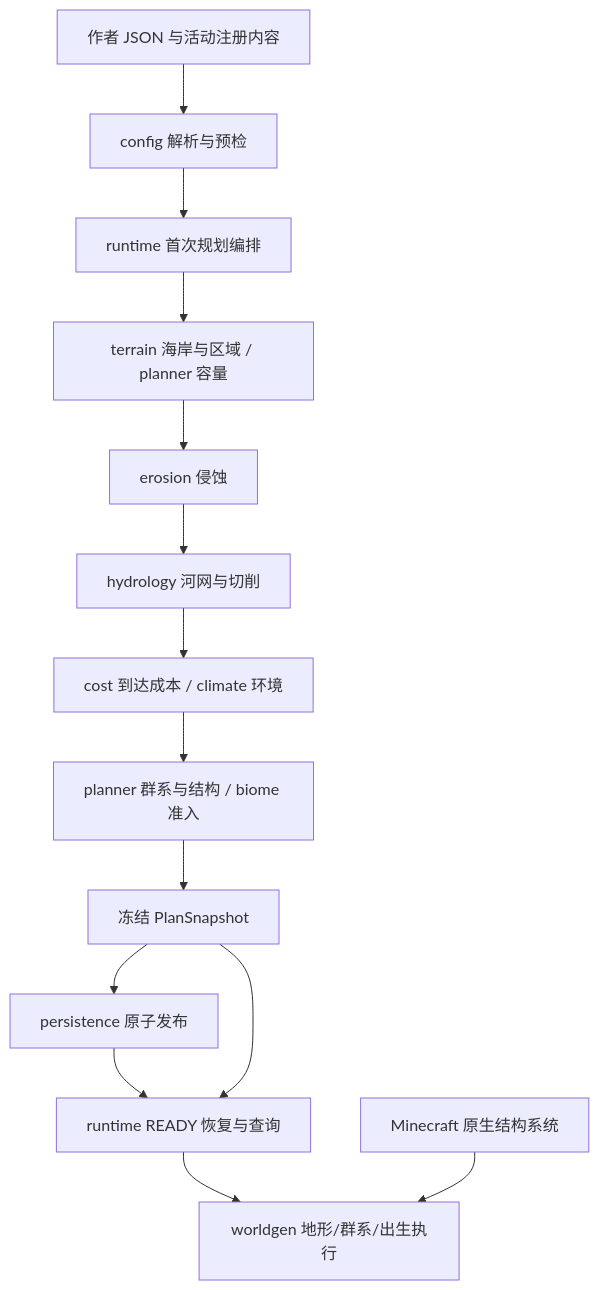
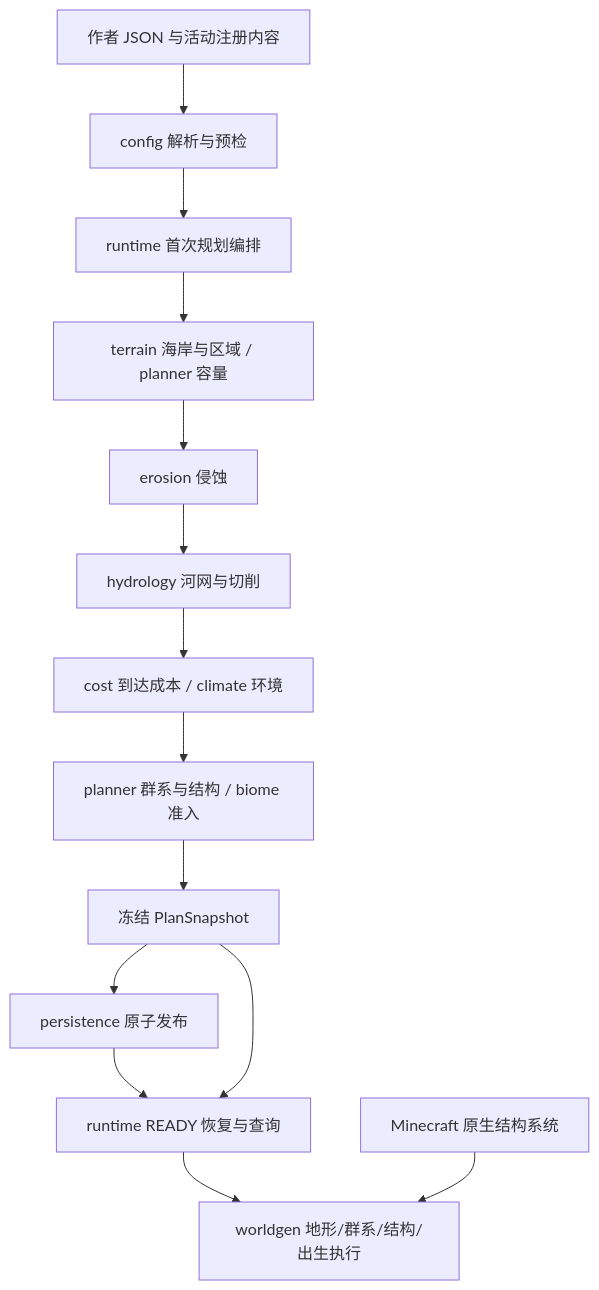
One commit to SuperUnom/AdventureWorldGen changed the first of 2 diagrams in docs/architecture/overview.md. Above: the diagram before and after it, drawn with Mermaid. The commit also changed other lines of this file and 62 other files, not shown here.

````diff
--- a/docs/architecture/overview.md
+++ b/docs/architecture/overview.md
@@ -13,16 +13,16 @@
 ```mermaid
 flowchart TD
     A[作者 JSON 与活动注册内容] --> B[config 解析与预检]
     B --> C[runtime 首次规划编排]
     C --> D[terrain 海岸与区域 / planner 容量]
     D --> E[erosion 侵蚀]
     E --> F[hydrology 河网与切削]
     F --> G[cost 到达成本 / climate 环境]
     G --> H[planner 群系与结构 / biome 准入]
     H --> I[冻结 PlanSnapshot]
     I --> J[persistence 原子发布]
     J --> K[runtime READY 恢复与查询]
     I --> K
-    K --> L[worldgen 地形/群系/出生执行]
+    K --> L[worldgen 地形/群系/结构/出生执行]
     M[Minecraft 原生结构系统] --> L
 ```
````
